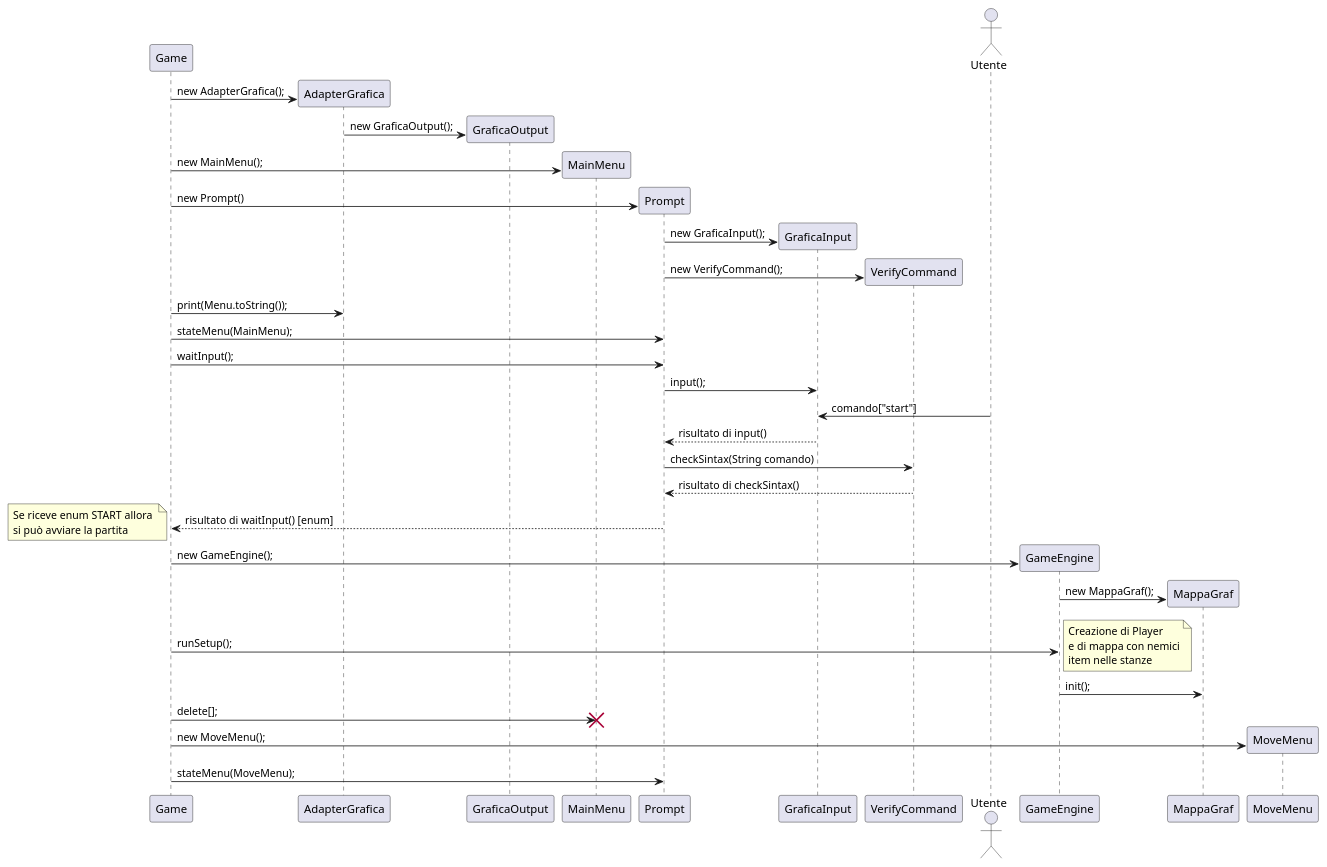
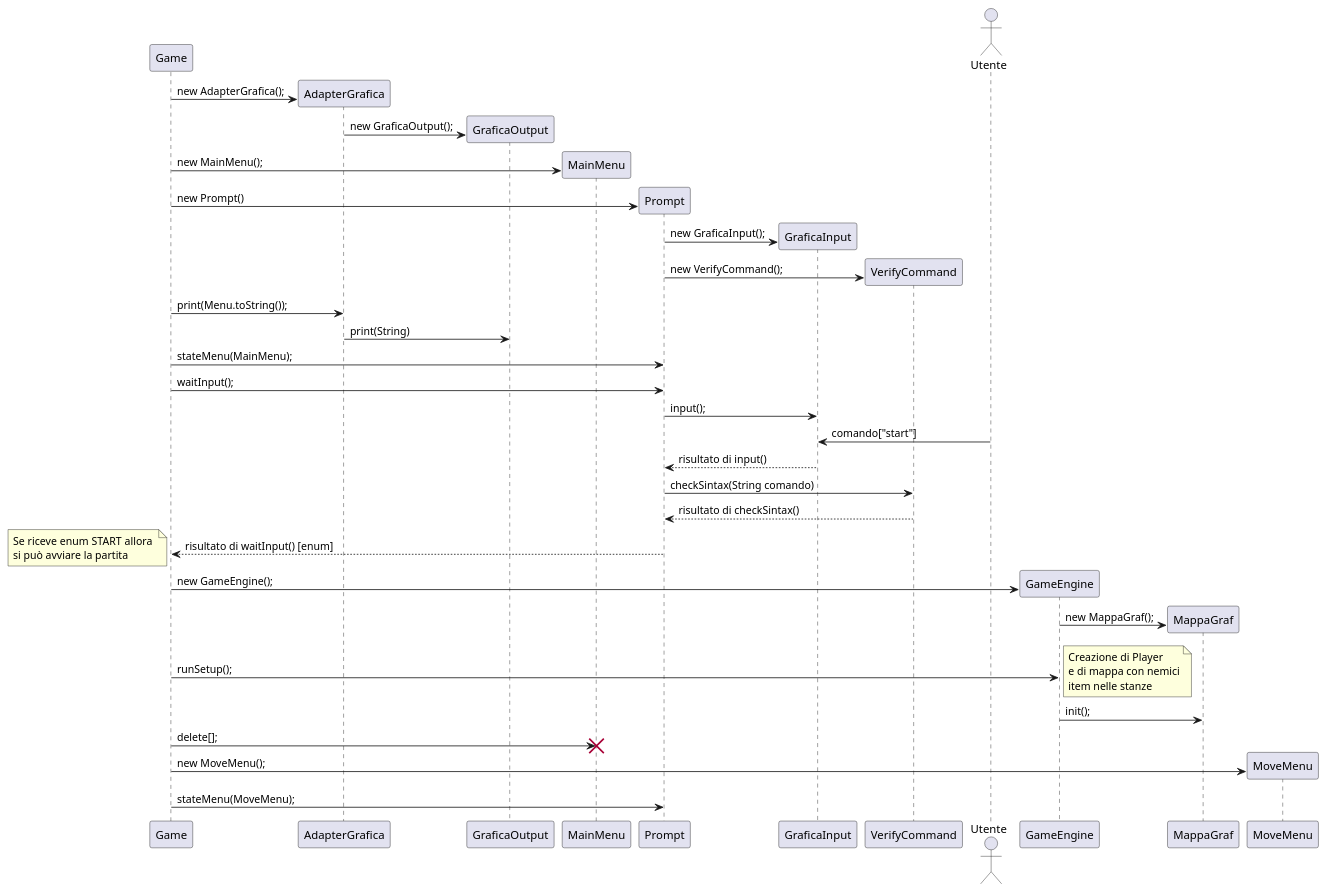
One commit to PdP03/ACMD changed the diagram in DiagrammiUML/SequenceDiagram.puml. Above: the diagram before and after it, drawn with PlantUML. The commit also changed 8 other files, not shown here.

Commit message:
Aggiunte immagini svg, modifica dei diagrammi

```diff
--- a/DiagrammiUML/SequenceDiagram.puml
+++ b/DiagrammiUML/SequenceDiagram.puml
@@ -1,56 +1,57 @@
 @startuml
 
 
 
 participant Game as ga
 
 /'---------------- INIZIALIZZAZIONE OGGETTI ----------------'/
 create AdapterGrafica
 ga -> AdapterGrafica: new AdapterGrafica();
 create GraficaOutput
 AdapterGrafica -> GraficaOutput: new GraficaOutput();
 create MainMenu
 ga -> MainMenu: new MainMenu();
 create Prompt
 ga -> Prompt : new Prompt()
 create GraficaInput
 Prompt -> GraficaInput : new GraficaInput();
 create VerifyCommand
 Prompt -> VerifyCommand: new VerifyCommand();
 
 actor Utente as u
 
 /'---------------- AVVIO MENU INIZIALE ----------------'/
 ga -> AdapterGrafica : print(Menu.toString());
+AdapterGrafica -> GraficaOutput : print(String)
 ga -> Prompt : stateMenu(MainMenu);
 ga -> Prompt : waitInput();
 Prompt -> GraficaInput : input();
 u -> GraficaInput : comando["start"]
 GraficaInput --> Prompt : risultato di input()
 Prompt -> VerifyCommand : checkSintax(String comando)
 VerifyCommand --> Prompt: risultato di checkSintax()
 Prompt --> ga : risultato di waitInput() [enum]
 note left
 Se riceve enum START allora 
 si può avviare la partita
 end note
 
 /'---------------- AVVIO PARTITA ----------------'/
 create GameEngine
 ga -> GameEngine : new GameEngine();
 create MappaGraf
 GameEngine -> MappaGraf: new MappaGraf();
 ga -> GameEngine : runSetup();
 note right
 Creazione di Player
 e di mappa con nemici
 item nelle stanze
 end note
 GameEngine -> MappaGraf : init();
 ga -> MainMenu : delete[];
 destroy MainMenu
 create MoveMenu
 ga -> MoveMenu: new MoveMenu();
 ga -> Prompt : stateMenu(MoveMenu);
 
 @enduml
```
